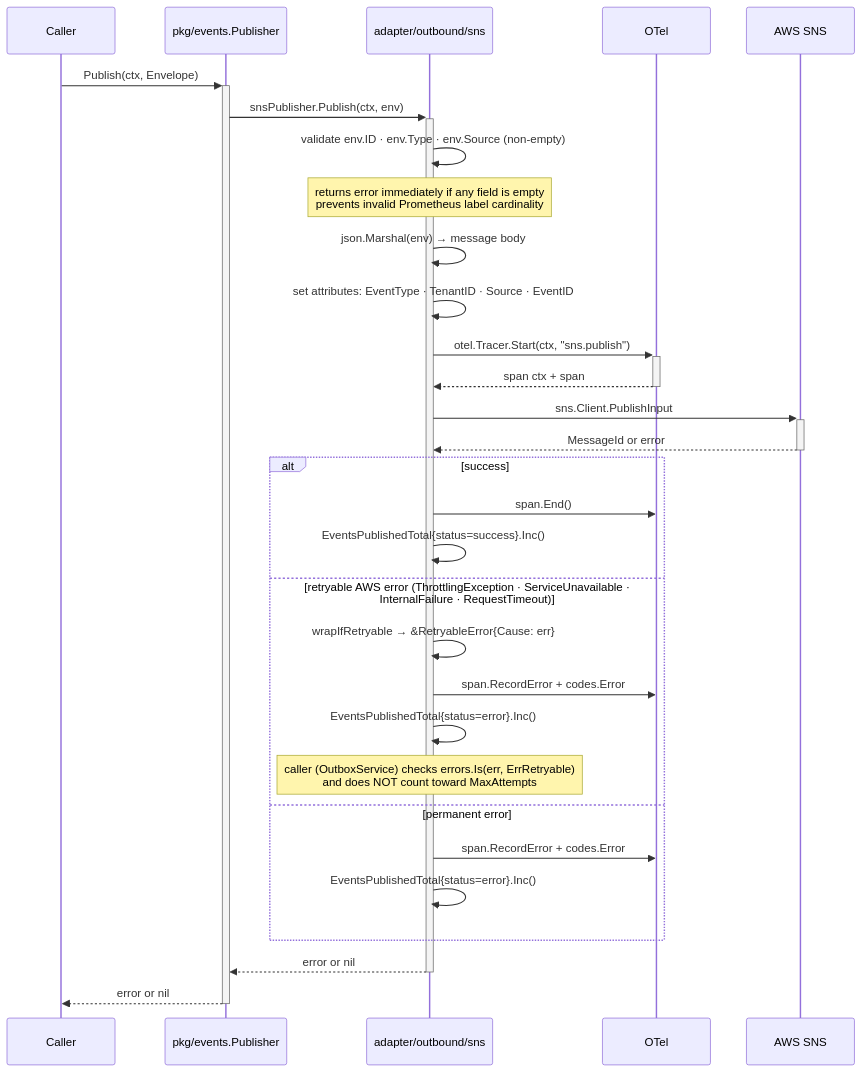
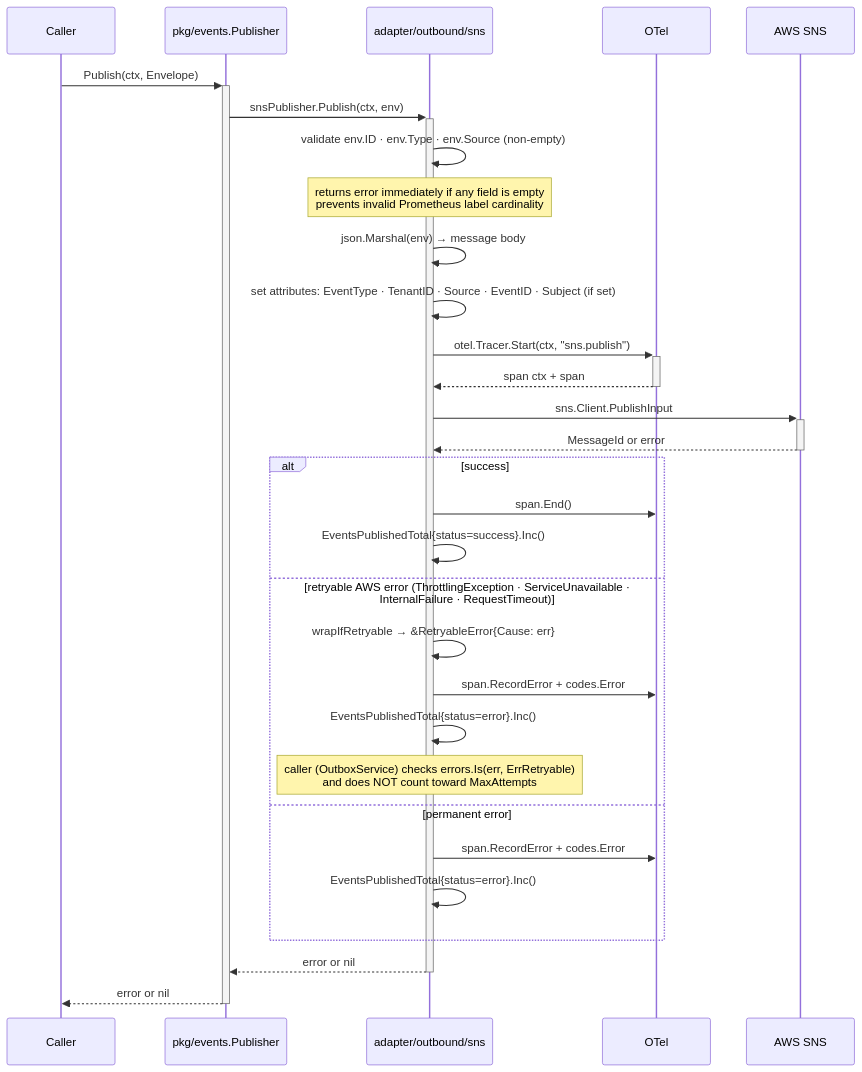
One commit to BCBP-SOLUTIONS-FZC-LLC/platform-events changed the diagram in docs/architecture/mermaid/sns-publish-flow.mmd. Above: the diagram before and after it, drawn with Mermaid. The commit also changed 11 other files, not shown here.

```diff
--- a/docs/architecture/mermaid/sns-publish-flow.mmd
+++ b/docs/architecture/mermaid/sns-publish-flow.mmd
@@ -1,37 +1,37 @@
 sequenceDiagram
     participant Caller
     participant Publisher as pkg/events.Publisher
     participant SNSAdp as adapter/outbound/sns
     participant OTel
     participant SNS as AWS SNS
 
     Caller ->>+ Publisher: Publish(ctx, Envelope)
     Publisher ->>+ SNSAdp: snsPublisher.Publish(ctx, env)
 
     SNSAdp ->> SNSAdp: validate env.ID · env.Type · env.Source (non-empty)
     Note over SNSAdp: returns error immediately if any field is empty<br/>prevents invalid Prometheus label cardinality
 
     SNSAdp ->> SNSAdp: json.Marshal(env) → message body
-    SNSAdp ->> SNSAdp: set attributes: EventType · TenantID · Source · EventID
+    SNSAdp ->> SNSAdp: set attributes: EventType · TenantID · Source · EventID · Subject (if set)
 
     SNSAdp ->>+ OTel: otel.Tracer.Start(ctx, "sns.publish")
     OTel -->>- SNSAdp: span ctx + span
 
     SNSAdp ->>+ SNS: sns.Client.PublishInput
     SNS -->>- SNSAdp: MessageId or error
 
     alt success
         SNSAdp ->> OTel: span.End()
         SNSAdp ->> SNSAdp: EventsPublishedTotal{status=success}.Inc()
     else retryable AWS error (ThrottlingException · ServiceUnavailable · InternalFailure · RequestTimeout)
         SNSAdp ->> SNSAdp: wrapIfRetryable → &RetryableError{Cause: err}
         SNSAdp ->> OTel: span.RecordError + codes.Error
         SNSAdp ->> SNSAdp: EventsPublishedTotal{status=error}.Inc()
         Note over SNSAdp: caller (OutboxService) checks errors.Is(err, ErrRetryable)<br/>and does NOT count toward MaxAttempts
     else permanent error
         SNSAdp ->> OTel: span.RecordError + codes.Error
         SNSAdp ->> SNSAdp: EventsPublishedTotal{status=error}.Inc()
     end
 
     SNSAdp -->>- Publisher: error or nil
     Publisher -->>- Caller: error or nil
```
